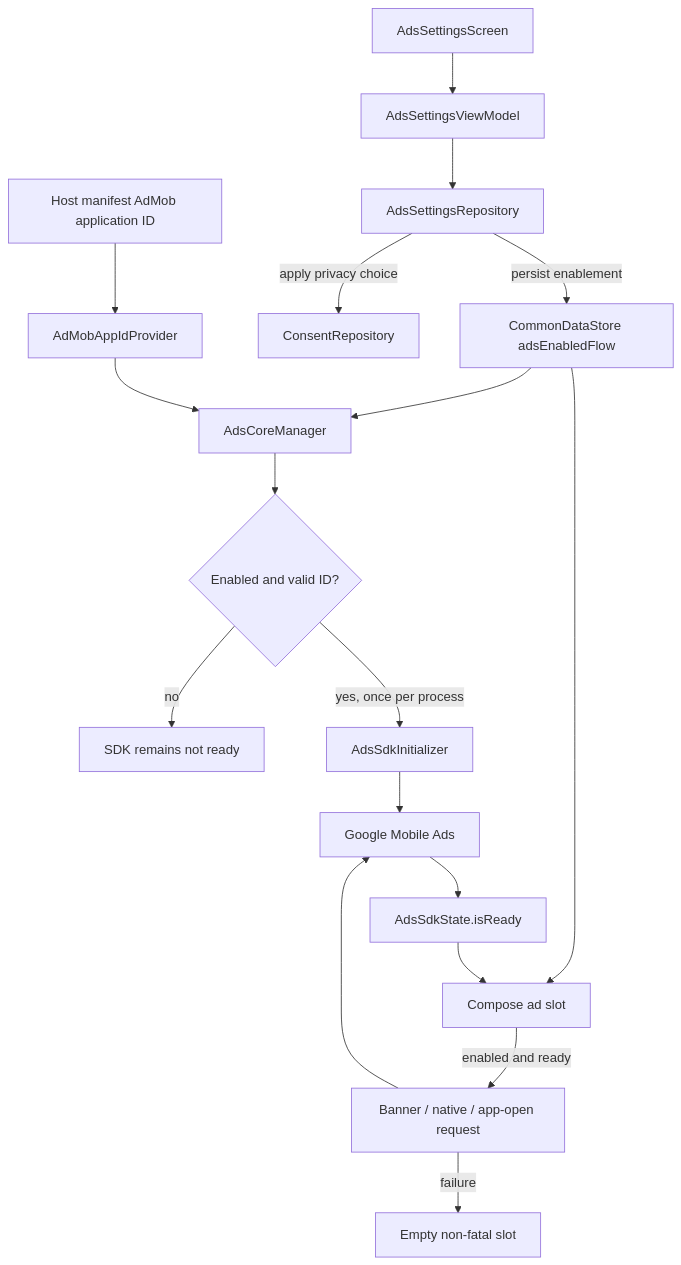
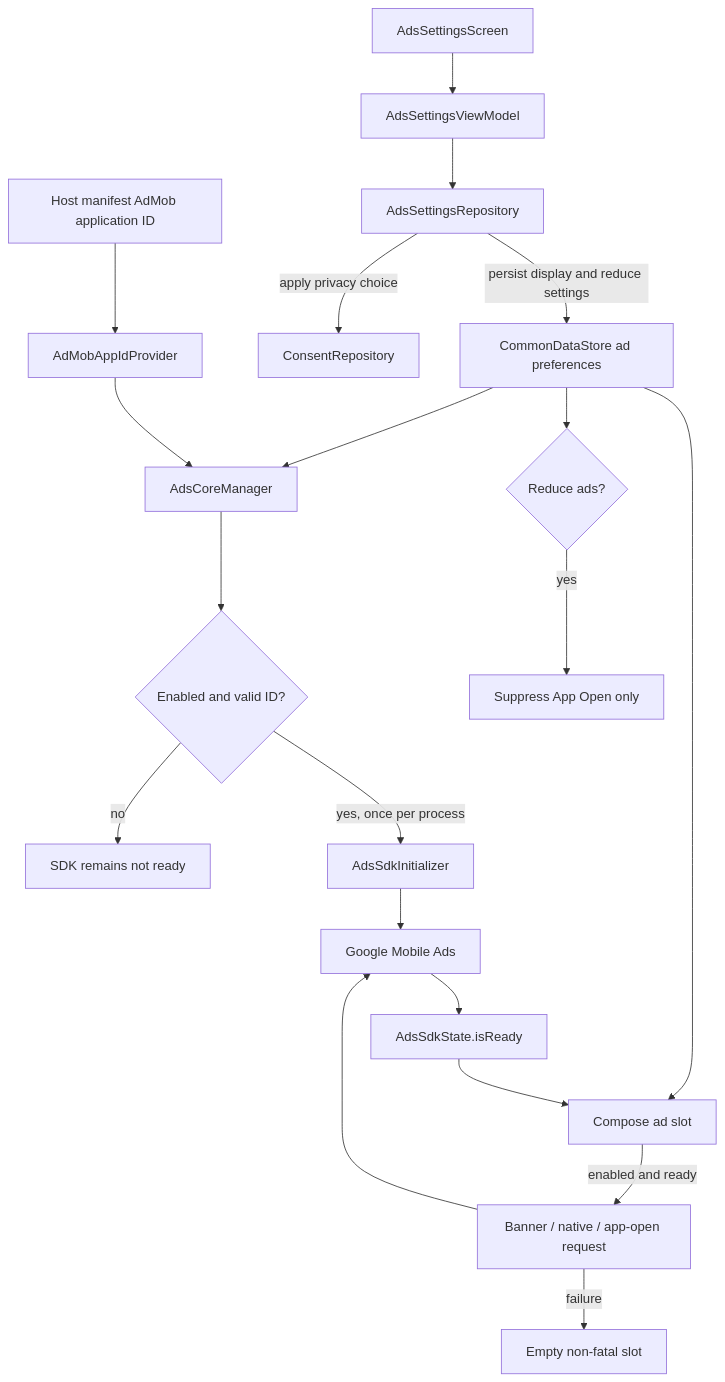
One commit to MihaiCristianCondrea/App-Toolkit-for-Android changed the diagram in library/integration/ads/README.md. Above: the diagram before and after it, drawn with Mermaid. The commit also changed other lines of this file and 47 other files, not shown here.

Commit message:
Add reduce ads preference support to suppress App Open ads

````diff
--- a/library/integration/ads/README.md
+++ b/library/integration/ads/README.md
@@ -35,20 +35,22 @@
 ```mermaid
 flowchart TD
     Settings[AdsSettingsScreen] --> VM[AdsSettingsViewModel]
     VM --> Repo[AdsSettingsRepository]
-    Repo -->|persist enablement| Store[CommonDataStore adsEnabledFlow]
+    Repo -->|persist display and reduce settings| Store[CommonDataStore ad preferences]
     Repo -->|apply privacy choice| Consent[ConsentRepository]
     Store --> Manager[AdsCoreManager]
     Manifest[Host manifest AdMob application ID] --> Id[AdMobAppIdProvider]
     Id --> Manager
     Manager --> Gate{Enabled and valid ID?}
     Gate -->|no| Disabled[SDK remains not ready]
     Gate -->|yes, once per process| Initializer[AdsSdkInitializer]
     Initializer --> SDK[Google Mobile Ads]
     SDK --> Ready[AdsSdkState.isReady]
     Store --> Slot[Compose ad slot]
     Ready --> Slot
     Slot -->|enabled and ready| Request[Banner / native / app-open request]
     Request --> SDK
     Request -->|failure| Empty[Empty non-fatal slot]
+    Store --> Reduce{Reduce ads?}
+    Reduce -->|yes| Suppress[Suppress App Open only]
 ```
````
